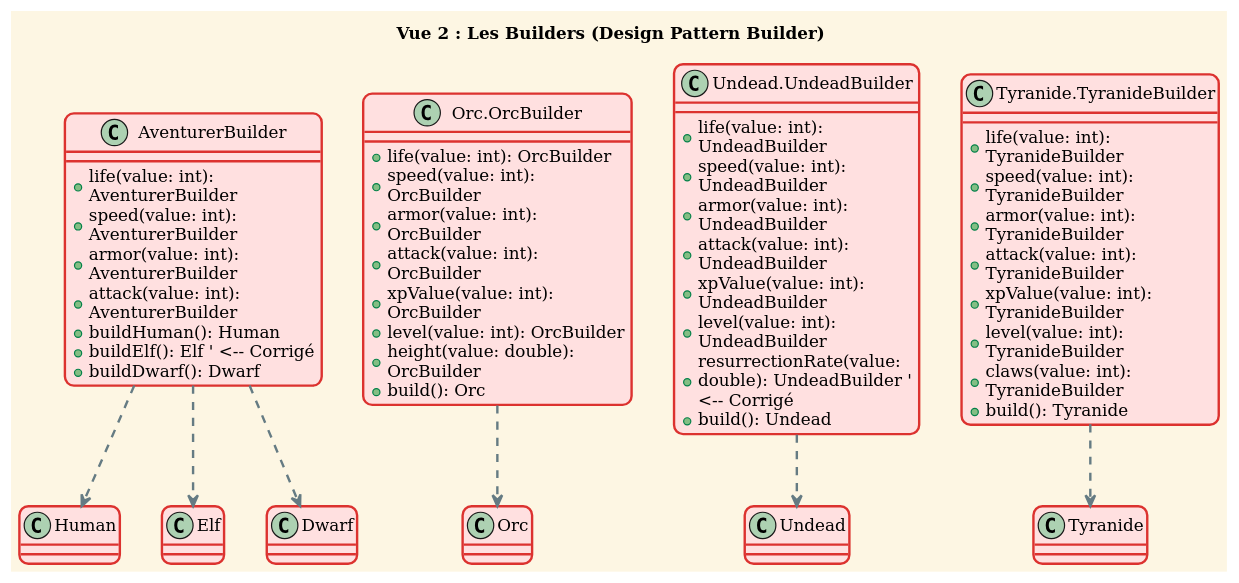
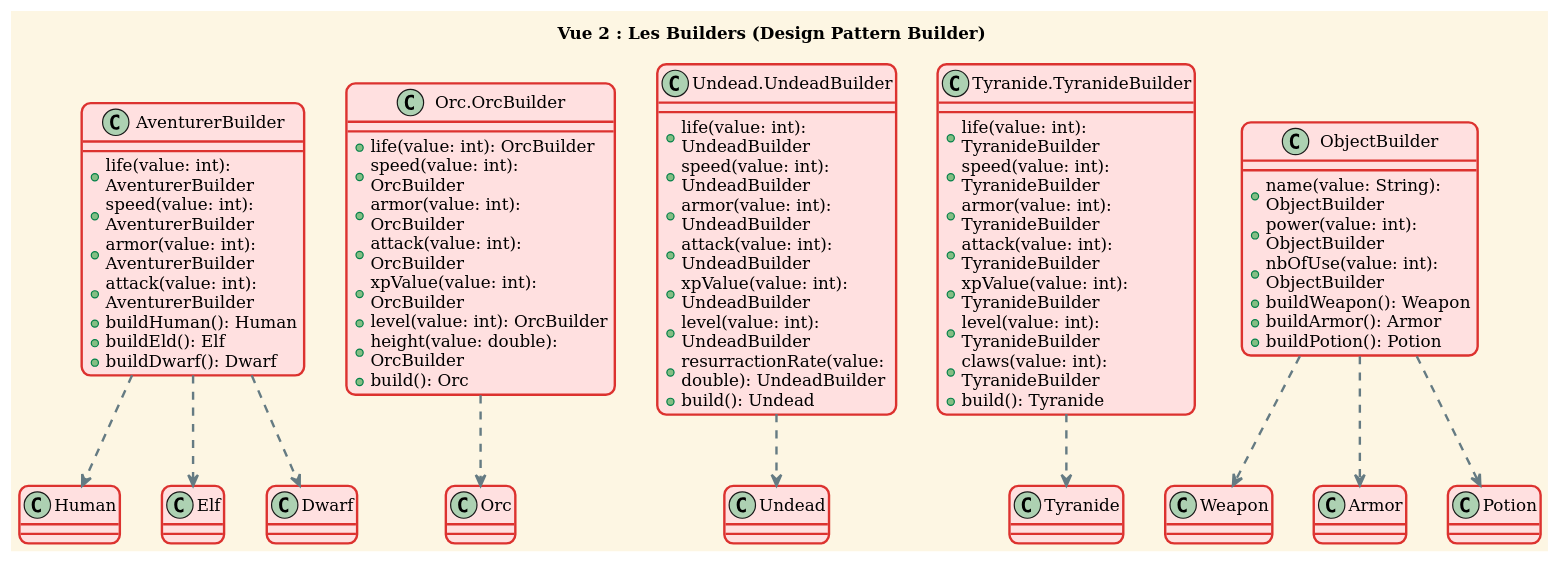
Before and after one commit to Leo-LTdev/JavaGradle: the second of 4 diagrams in app/src/main/java/projet/Architecture/Architecture.md, drawn with PlantUML. The commit also changed other lines of this file, not shown here.

````diff
--- a/app/src/main/java/projet/Architecture/Architecture.md
+++ b/app/src/main/java/projet/Architecture/Architecture.md
@@ -63,67 +80,82 @@
 ```plantuml
 @startuml
 !theme sunlust
 title Vue 2 : Les Builders (Design Pattern Builder)
 
 ' Définition des classes produits (doivent être définies pour la liaison)
 class Human
 class Elf
 class Dwarf
 class Orc
 class Undead
 class Tyranide
+class Weapon
+class Armor
+class Potion
 
 ' Les Builders
 class "AventurerBuilder" as AventurerBuilder {
   + life(value: int): AventurerBuilder
   + speed(value: int): AventurerBuilder
   + armor(value: int): AventurerBuilder
   + attack(value: int): AventurerBuilder
   + buildHuman(): Human
-  + buildElf(): Elf ' <-- Corrigé
+  + buildEld(): Elf
   + buildDwarf(): Dwarf
 }
 
 class "Orc.OrcBuilder" as OrcBuilder {
   + life(value: int): OrcBuilder
   + speed(value: int): OrcBuilder
   + armor(value: int): OrcBuilder
   + attack(value: int): OrcBuilder
   + xpValue(value: int): OrcBuilder
   + level(value: int): OrcBuilder
   + height(value: double): OrcBuilder
   + build(): Orc
 }
 
 class "Undead.UndeadBuilder" as UndeadBuilder {
   + life(value: int): UndeadBuilder
   + speed(value: int): UndeadBuilder
   + armor(value: int): UndeadBuilder
   + attack(value: int): UndeadBuilder
   + xpValue(value: int): UndeadBuilder
   + level(value: int): UndeadBuilder
-  + resurrectionRate(value: double): UndeadBuilder ' <-- Corrigé
+  + resurractionRate(value: double): UndeadBuilder
   + build(): Undead
 }
 
 class "Tyranide.TyranideBuilder" as TyranideBuilder {
   + life(value: int): TyranideBuilder
   + speed(value: int): TyranideBuilder
   + armor(value: int): TyranideBuilder
   + attack(value: int): TyranideBuilder
   + xpValue(value: int): TyranideBuilder
   + level(value: int): TyranideBuilder
   + claws(value: int): TyranideBuilder
   + build(): Tyranide
 }
 
+class "ObjectBuilder" as ObjectBuilder {
+  + name(value: String): ObjectBuilder
+  + power(value: int): ObjectBuilder
+  + nbOfUse(value: int): ObjectBuilder
+  + buildWeapon(): Weapon
+  + buildArmor(): Armor
+  + buildPotion(): Potion
+}
+
 ' Relations de Dépendance (Builders construisent des Produits)
 AventurerBuilder ..> Human
 AventurerBuilder ..> Elf
 AventurerBuilder ..> Dwarf
 OrcBuilder ..> Orc
 UndeadBuilder ..> Undead
 TyranideBuilder ..> Tyranide
+ObjectBuilder ..> Weapon
+ObjectBuilder ..> Armor
+ObjectBuilder ..> Potion
 
 @enduml
 ```
````
